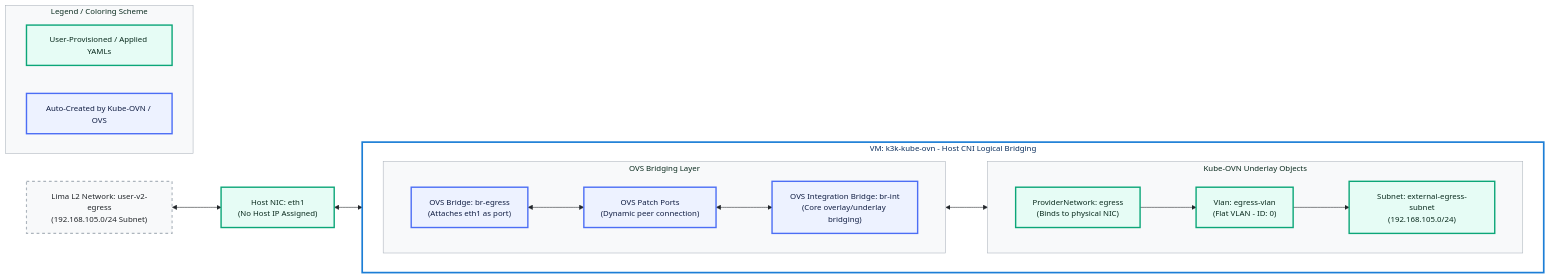
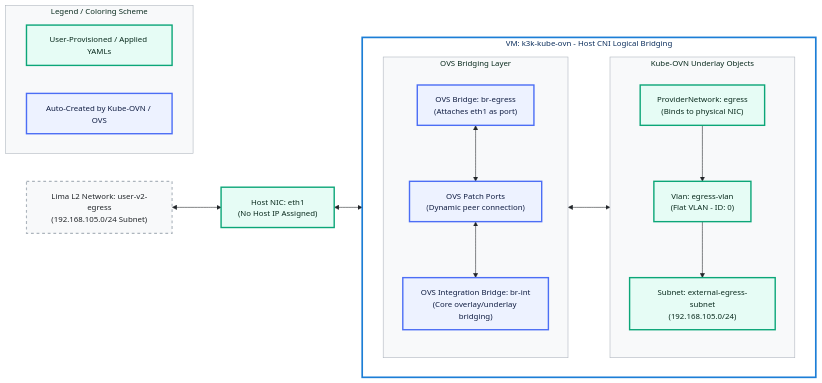
One commit to coulof/k3k-kube-ovn changed the second of 3 diagrams in docs/egress-gateway-experiment.md. Above: the diagram before and after it, drawn with Mermaid.

Commit message:
style(egress): update diagram 1.5 to arrange subgraphs side-by-side but internal nodes top-to-bottom

````diff
--- a/docs/egress-gateway-experiment.md
+++ b/docs/egress-gateway-experiment.md
@@ -99,64 +99,64 @@
 ```mermaid
 %%{init: {
   'theme': 'base',
   'themeVariables': {
     'fontFamily': 'SUSE, sans-serif',
     'fontSize': '14px',
     'primaryColor': '#0ca678',
     'primaryTextColor': '#092a1d',
     'primaryBorderColor': '#0ca678',
     'lineColor': '#212529',
     'secondaryColor': '#1c7ed6',
     'tertiaryColor': '#e6fcf5',
     'mainBkg': '#ffffff',
     'nodeBorder': '#212529',
     'clusterBkg': '#f8f9fa',
     'clusterBorder': '#adb5bd',
     'titleColor': '#092a1d',
     'edgeLabelBackground':'#ffffff'
   }
 } }%%
 graph LR
     classDef default fill:#ffffff,stroke:#212529,stroke-width:1px,color:#212529;
     classDef net fill:#f8f9fa,stroke:#adb5bd,stroke-width:2px,stroke-dasharray: 5 5,color:#212529;
     classDef vm fill:#ffffff,stroke:#1c7ed6,stroke-width:3px,color:#0b2e5c;
     classDef userSpec fill:#e6fcf5,stroke:#0ca678,stroke-width:2.5px,color:#092a1d;
     classDef autoCni fill:#edf2ff,stroke:#4c6ef5,stroke-width:2.5px,color:#101d42;
 
     %% PHYSICAL & UNDERLAY INTERFACES
     SubNet["Lima L2 Network: user-v2-egress<br/>(192.168.105.0/24 Subnet)"]:::net
     eth1["Host NIC: eth1<br/>(No Host IP Assigned)"]:::userSpec
 
     subgraph VM1 [VM: k3k-kube-ovn - Host CNI Logical Bridging]
         direction LR
         subgraph OVS [OVS Bridging Layer]
-            direction LR
+            direction TB
             br_egress["OVS Bridge: br-egress<br/>(Attaches eth1 as port)"]:::autoCni
             patch["OVS Patch Ports<br/>(Dynamic peer connection)"]:::autoCni
             br_int["OVS Integration Bridge: br-int<br/>(Core overlay/underlay bridging)"]:::autoCni
             br_egress <--> patch <--> br_int
         end
 
         subgraph K8s [Kube-OVN Underlay Objects]
-            direction LR
+            direction TB
             pn["ProviderNetwork: egress<br/>(Binds to physical NIC)"]:::userSpec
             vlan["Vlan: egress-vlan<br/>(Flat VLAN - ID: 0)"]:::userSpec
             sub_ext["Subnet: external-egress-subnet<br/>(192.168.105.0/24)"]:::userSpec
             pn --> vlan --> sub_ext
         end
     end
 
     %% Legend
     subgraph Legend [Legend / Coloring Scheme]
         direction LR
         L1["User-Provisioned / Applied YAMLs"]:::userSpec
         L2["Auto-Created by Kube-OVN / OVS"]:::autoCni
     end
 
     %% Mappings
     SubNet <--> eth1
     eth1 <--> br_egress
     br_int <--> pn
     
     class VM1 vm;
 ```
````
